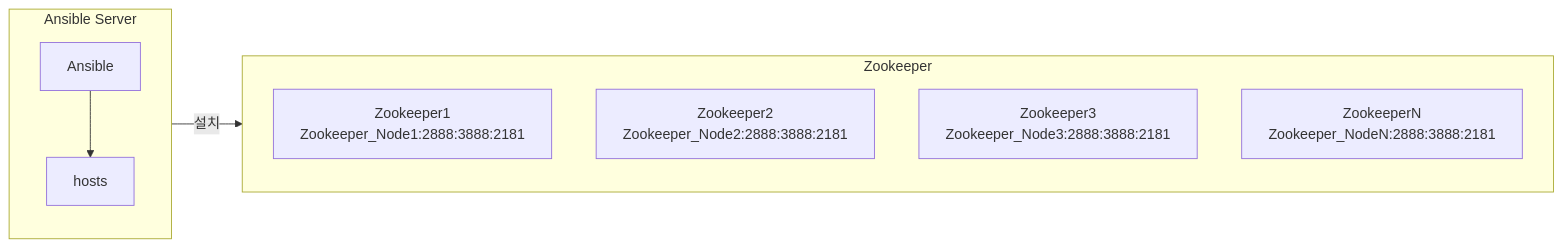
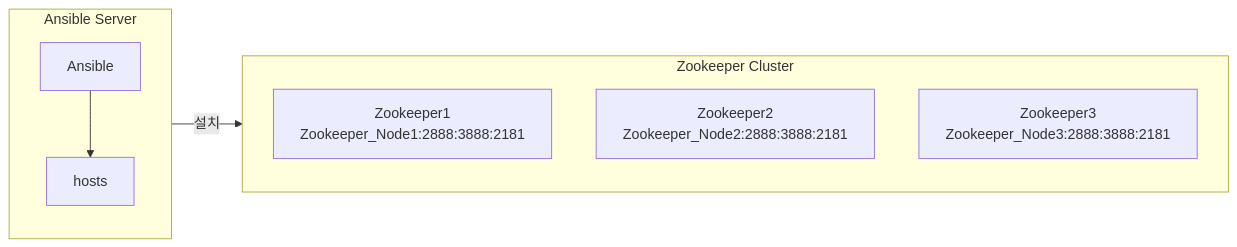
Before and after one commit to QubitSecurity/howto: the diagram in rocky9/app/zookeeper/ansible_install/readme.md, drawn with Mermaid.

````diff
--- a/rocky9/app/zookeeper/ansible_install/readme.md
+++ b/rocky9/app/zookeeper/ansible_install/readme.md
@@ -25,26 +25,25 @@
 ```mermaid
 graph LR;
 
     %% Define layout direction and spacing
    %% style Ansible_Server fill:#f9f,stroke:#333,stroke-width:2px,height:200px;
    %% style Zookeeper fill:#cfc,stroke:#333,stroke-width:2px;
 
 
     %% Ansible Server Section
     subgraph Ansible_Server[Ansible Server]
         direction TB
         Ansible1[Ansible]
         hosts[hosts]
         Ansible1 --> hosts
     end
 
     %% Zookeeper Section
-    subgraph Zookeeper[Zookeeper]
+    subgraph Zookeeper[Zookeeper Cluster]
         direction TB
         Zookeeper1[Zookeeper1<br>Zookeeper_Node1:2888:3888:2181]
         Zookeeper2[Zookeeper2<br>Zookeeper_Node2:2888:3888:2181]
         Zookeeper3[Zookeeper3<br>Zookeeper_Node3:2888:3888:2181]
-        Zookeeper4[ZookeeperN<br>Zookeeper_NodeN:2888:3888:2181]
     end
 hosts -->|설치| Zookeeper
 ```
````
